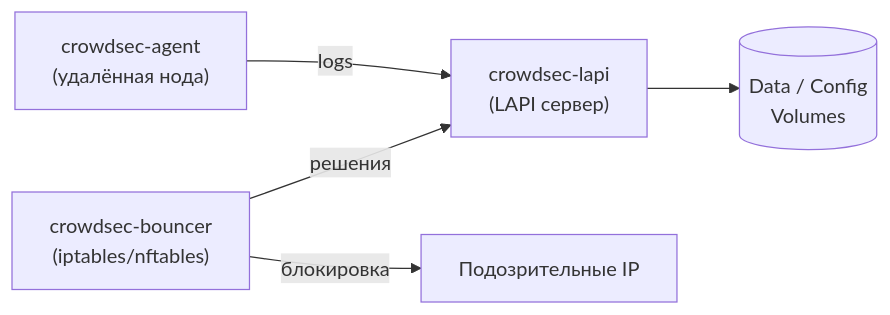
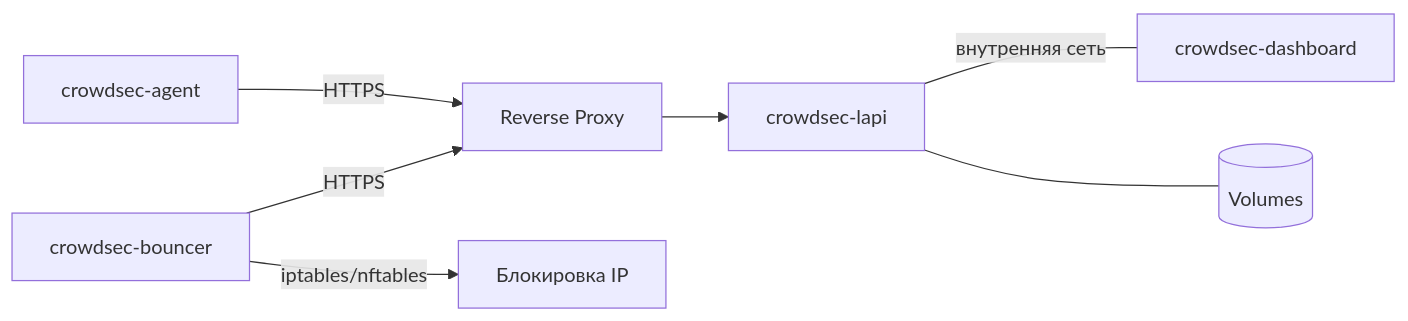
The diagram in crowdsec/README.md (thegrayfoxxx/configs), drawn with Mermaid before and after one commit. The commit also changed other lines of this file, not shown here.

````diff
--- a/crowdsec/README.md
+++ b/crowdsec/README.md
@@ -22,7 +15,9 @@
 ```mermaid
 flowchart LR
-    LAPI["crowdsec-lapi<br/>(LAPI сервер)"] --> DB[(Data / Config<br/>Volumes)]
-    Agent["crowdsec-agent<br/>(удалённая нода)"] -->|logs| LAPI
-    Bouncer["crowdsec-bouncer<br/>(iptables/nftables)"] -->|решения| LAPI
-    Bouncer -->|блокировка| IP["Подозрительные IP"]
+    RP["Reverse Proxy"] --> LAPI["crowdsec-lapi"]
+    LAPI ---|внутренняя сеть| Dash["crowdsec-dashboard"]
+    LAPI --- Vol[(Volumes)]
+    Agent["crowdsec-agent"] -->|HTTPS| RP
+    Bouncer["crowdsec-bouncer"] -->|HTTPS| RP
+    Bouncer -->|iptables/nftables| IP["Блокировка IP"]
 ```
````
